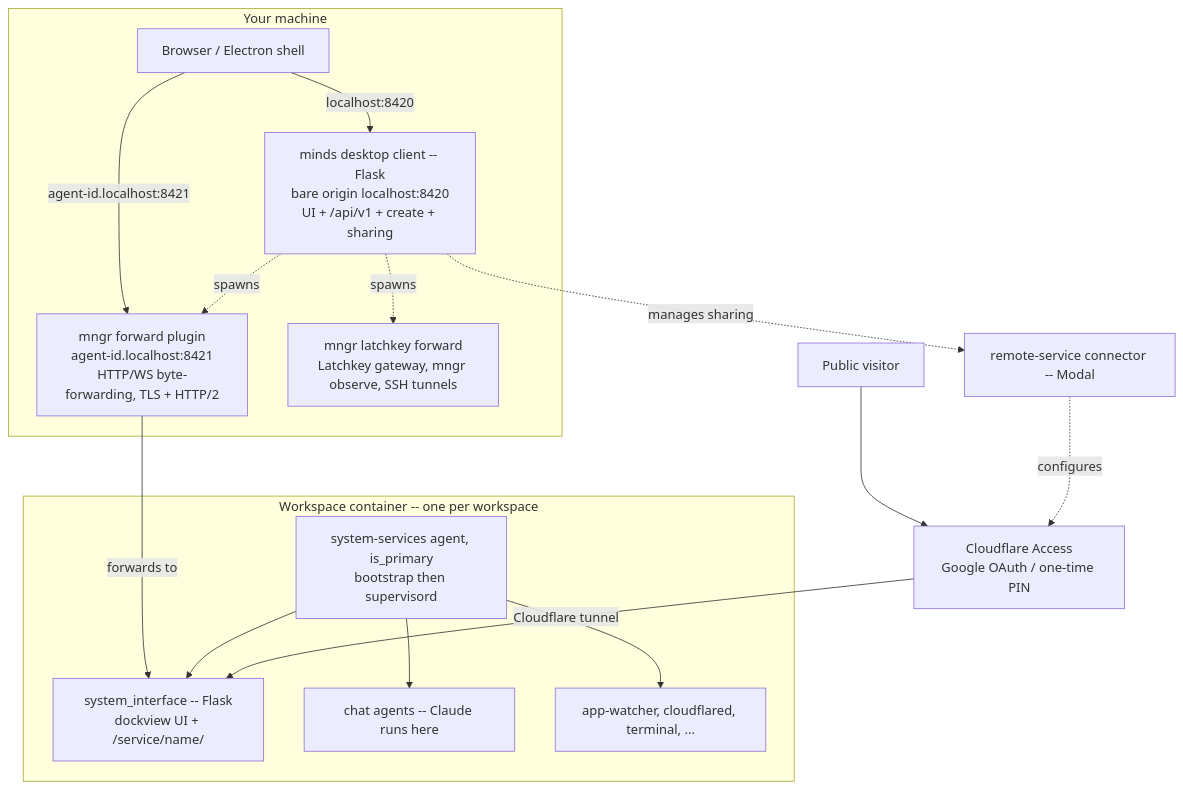
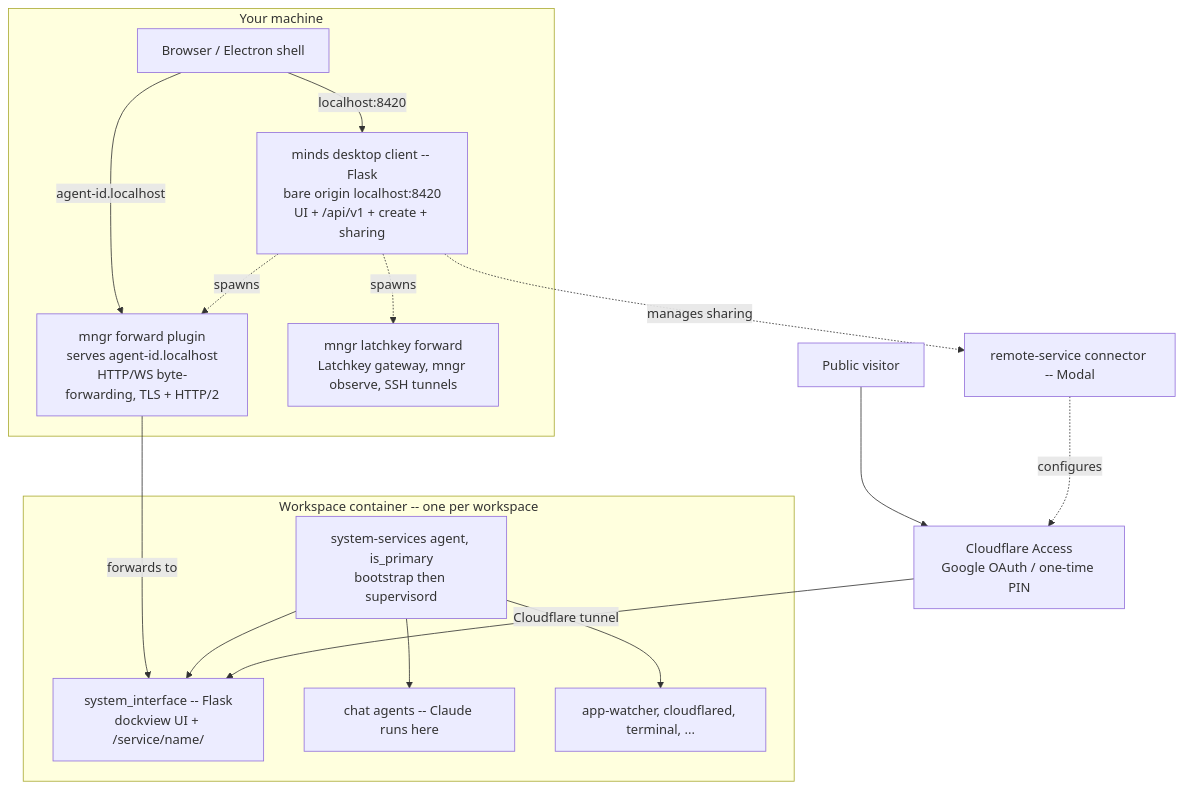
The diagram in apps/minds/docs/overview.md (imbue-ai/mngr), drawn with Mermaid before and after one commit. The commit also changed other lines of this file and 3 other files, not shown here.

````diff
--- a/apps/minds/docs/overview.md
+++ b/apps/minds/docs/overview.md
@@ -31,30 +31,30 @@
 ```mermaid
 flowchart TB
     visitor["Public visitor"] --> access["Cloudflare Access<br/>Google OAuth / one-time PIN"]
 
     subgraph machine["Your machine"]
         browser["Browser / Electron shell"]
         ui["minds desktop client -- Flask<br/>bare origin localhost:8420<br/>UI + /api/v1 + create + sharing"]
-        fwd["mngr forward plugin<br/>agent-id.localhost:8421<br/>HTTP/WS byte-forwarding, TLS + HTTP/2"]
+        fwd["mngr forward plugin<br/>serves agent-id.localhost<br/>HTTP/WS byte-forwarding, TLS + HTTP/2"]
         latch["mngr latchkey forward<br/>Latchkey gateway, mngr observe, SSH tunnels"]
     end
 
     subgraph container["Workspace container -- one per workspace"]
         services["system-services agent, is_primary<br/>bootstrap then supervisord"]
         si["system_interface -- Flask<br/>dockview UI + /service/name/"]
         chat["chat agents -- Claude runs here"]
         svc["app-watcher, cloudflared, terminal, ..."]
     end
 
     browser -->|localhost:8420| ui
-    browser -->|agent-id.localhost:8421| fwd
+    browser -->|agent-id.localhost| fwd
     fwd -->|forwards to| si
     ui -. spawns .-> fwd
     ui -. spawns .-> latch
     services --> si
     services --> chat
     services --> svc
     access -->|Cloudflare tunnel| si
     ui -. manages sharing .-> connector["remote-service connector -- Modal"]
     connector -. configures .-> access
 ```
````
